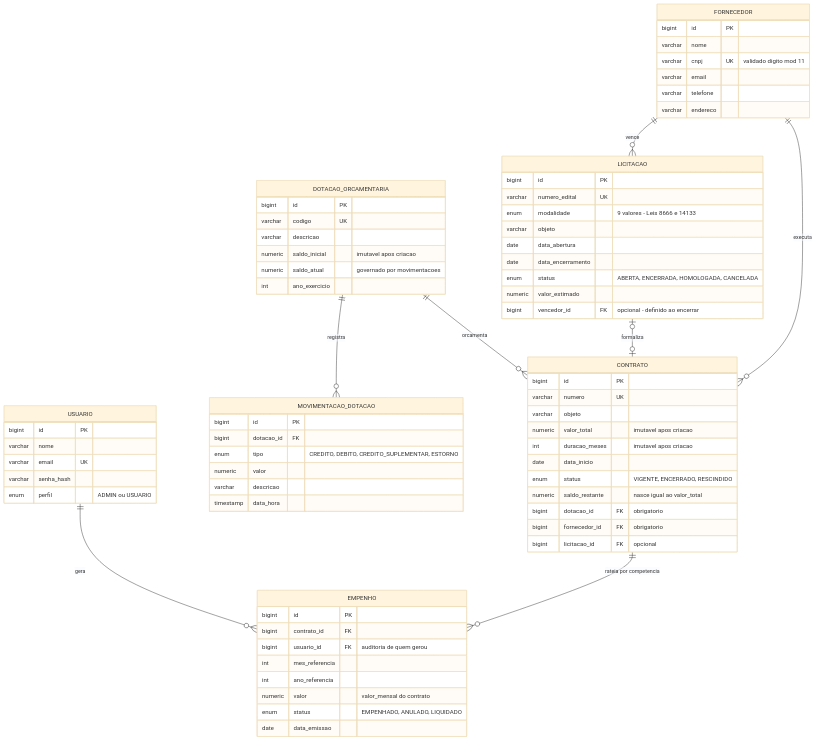
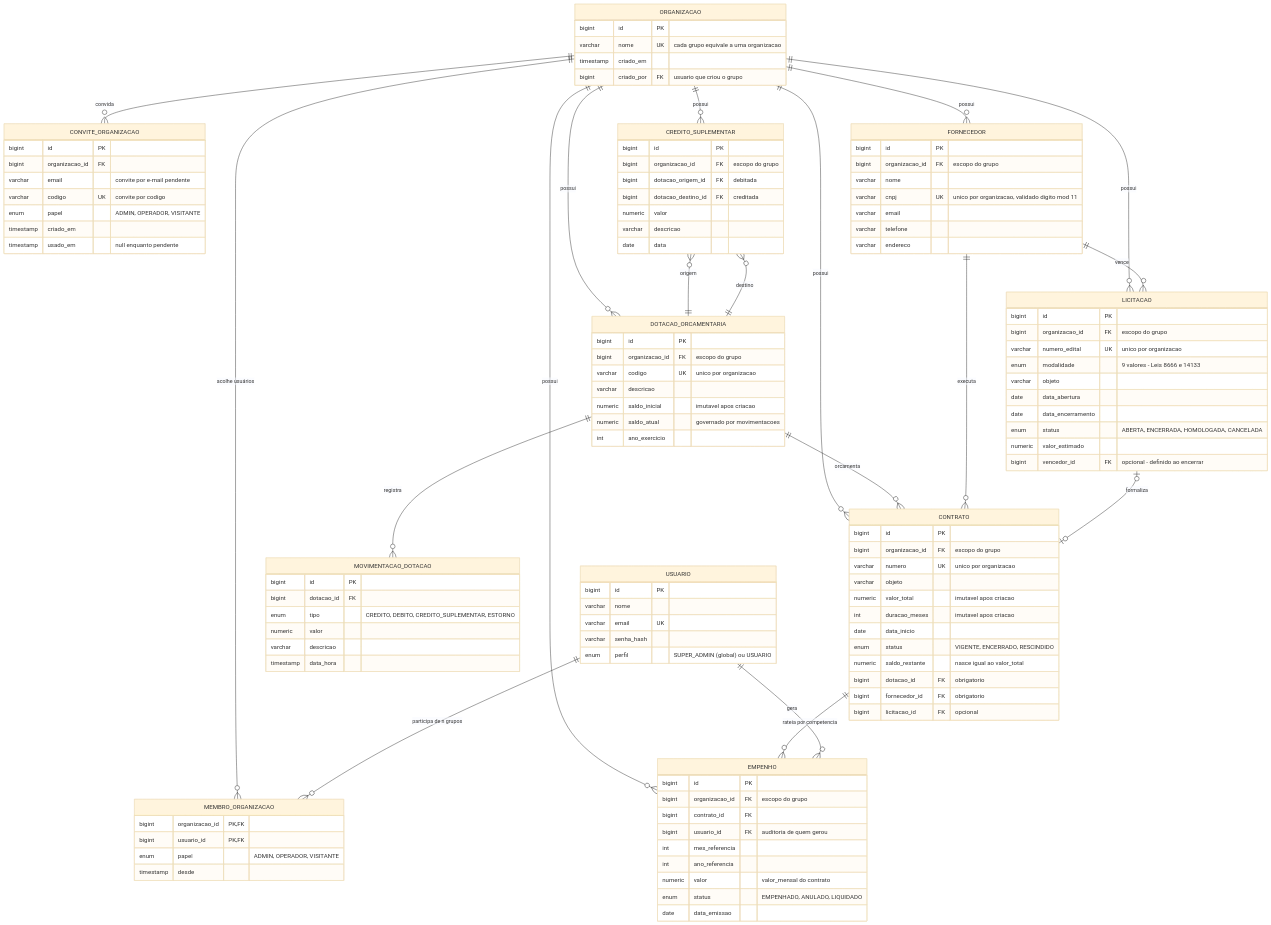
One commit to enzo-barbosa/gestao-compras-publicas-api changed the diagram in docs/diagramas/modelo-dados.mermaid. Above: the diagram before and after it, drawn with Mermaid (base theme). The commit also changed 45 other files, not shown here.

```diff
--- a/docs/diagramas/modelo-dados.mermaid
+++ b/docs/diagramas/modelo-dados.mermaid
@@ -1,80 +1,130 @@
 erDiagram
+    ORGANIZACAO {
+        bigint id PK
+        varchar nome UK "cada grupo equivale a uma organizacao"
+        timestamp criado_em
+        bigint criado_por FK "usuario que criou o grupo"
+    }
+
+    MEMBRO_ORGANIZACAO {
+        bigint organizacao_id PK,FK
+        bigint usuario_id PK,FK
+        enum papel "ADMIN, OPERADOR, VISITANTE"
+        timestamp desde
+    }
+
+    CONVITE_ORGANIZACAO {
+        bigint id PK
+        bigint organizacao_id FK
+        varchar email "convite por e-mail pendente"
+        varchar codigo UK "convite por codigo"
+        enum papel "ADMIN, OPERADOR, VISITANTE"
+        timestamp criado_em
+        timestamp usado_em "null enquanto pendente"
+    }
+
     USUARIO {
         bigint id PK
         varchar nome
         varchar email UK
         varchar senha_hash
-        enum perfil "ADMIN ou USUARIO"
+        enum perfil "SUPER_ADMIN (global) ou USUARIO"
     }
 
     DOTACAO_ORCAMENTARIA {
         bigint id PK
-        varchar codigo UK
+        bigint organizacao_id FK "escopo do grupo"
+        varchar codigo UK "unico por organizacao"
         varchar descricao
         numeric saldo_inicial "imutavel apos criacao"
         numeric saldo_atual "governado por movimentacoes"
         int ano_exercicio
     }
 
     MOVIMENTACAO_DOTACAO {
         bigint id PK
         bigint dotacao_id FK
         enum tipo "CREDITO, DEBITO, CREDITO_SUPLEMENTAR, ESTORNO"
         numeric valor
         varchar descricao
         timestamp data_hora
     }
 
     FORNECEDOR {
         bigint id PK
+        bigint organizacao_id FK "escopo do grupo"
         varchar nome
-        varchar cnpj UK "validado digito mod 11"
+        varchar cnpj UK "unico por organizacao, validado digito mod 11"
         varchar email
         varchar telefone
         varchar endereco
     }
 
     LICITACAO {
         bigint id PK
-        varchar numero_edital UK
+        bigint organizacao_id FK "escopo do grupo"
+        varchar numero_edital UK "unico por organizacao"
         enum modalidade "9 valores - Leis 8666 e 14133"
         varchar objeto
         date data_abertura
         date data_encerramento
         enum status "ABERTA, ENCERRADA, HOMOLOGADA, CANCELADA"
         numeric valor_estimado
         bigint vencedor_id FK "opcional - definido ao encerrar"
     }
 
     CONTRATO {
         bigint id PK
-        varchar numero UK
+        bigint organizacao_id FK "escopo do grupo"
+        varchar numero UK "unico por organizacao"
         varchar objeto
         numeric valor_total "imutavel apos criacao"
         int duracao_meses "imutavel apos criacao"
         date data_inicio
         enum status "VIGENTE, ENCERRADO, RESCINDIDO"
         numeric saldo_restante "nasce igual ao valor_total"
         bigint dotacao_id FK "obrigatorio"
         bigint fornecedor_id FK "obrigatorio"
         bigint licitacao_id FK "opcional"
     }
 
     EMPENHO {
         bigint id PK
+        bigint organizacao_id FK "escopo do grupo"
         bigint contrato_id FK
         bigint usuario_id FK "auditoria de quem gerou"
         int mes_referencia
         int ano_referencia
         numeric valor "valor_mensal do contrato"
         enum status "EMPENHADO, ANULADO, LIQUIDADO"
         date data_emissao
     }
 
+    CREDITO_SUPLEMENTAR {
+        bigint id PK
+        bigint organizacao_id FK "escopo do grupo"
+        bigint dotacao_origem_id FK "debitada"
+        bigint dotacao_destino_id FK "creditada"
+        numeric valor
+        varchar descricao
+        date data
+    }
+
+    ORGANIZACAO ||--o{ MEMBRO_ORGANIZACAO : "acolhe usuários"
+    USUARIO ||--o{ MEMBRO_ORGANIZACAO : "participa de n grupos"
+    ORGANIZACAO ||--o{ CONVITE_ORGANIZACAO : "convida"
+    ORGANIZACAO ||--o{ DOTACAO_ORCAMENTARIA : "possui"
+    ORGANIZACAO ||--o{ FORNECEDOR : "possui"
+    ORGANIZACAO ||--o{ LICITACAO : "possui"
+    ORGANIZACAO ||--o{ CONTRATO : "possui"
+    ORGANIZACAO ||--o{ EMPENHO : "possui"
+    ORGANIZACAO ||--o{ CREDITO_SUPLEMENTAR : "possui"
     DOTACAO_ORCAMENTARIA ||--o{ MOVIMENTACAO_DOTACAO : "registra"
     DOTACAO_ORCAMENTARIA ||--o{ CONTRATO : "orcamenta"
     FORNECEDOR ||--o{ LICITACAO : "vence"
     FORNECEDOR ||--o{ CONTRATO : "executa"
     LICITACAO |o--o| CONTRATO : "formaliza"
     CONTRATO ||--o{ EMPENHO : "rateia por competencia"
+    CREDITO_SUPLEMENTAR }o--|| DOTACAO_ORCAMENTARIA : "origem"
+    CREDITO_SUPLEMENTAR }o--|| DOTACAO_ORCAMENTARIA : "destino"
     USUARIO ||--o{ EMPENHO : "gera"
```
